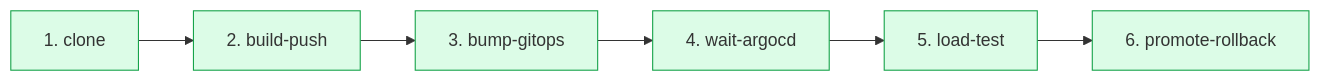
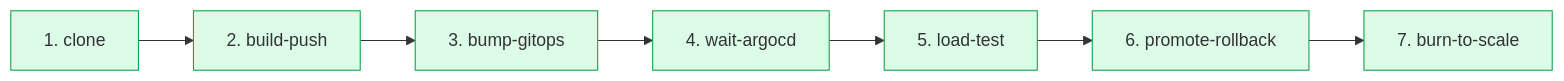
One commit to Valentino-33/belo-infrabase-k3d changed the diagram in README.md. Above: the diagram before and after it, drawn with Mermaid. The commit also changed other lines of this file and 13 other files, not shown here.

````diff
--- a/README.md
+++ b/README.md
@@ -273,11 +275,12 @@
 ```mermaid
 flowchart LR
     A[1. clone] --> B[2. build-push]
     B --> C[3. bump-gitops]
     C --> D[4. wait-argocd]
     D --> E[5. load-test]
     E --> F[6. promote-rollback]
+    F --> G[7. burn-to-scale]
 
     classDef done fill:#dcfce7,stroke:#16a34a
-    class A,B,C,D,E,F done
+    class A,B,C,D,E,F,G done
 ```
````
